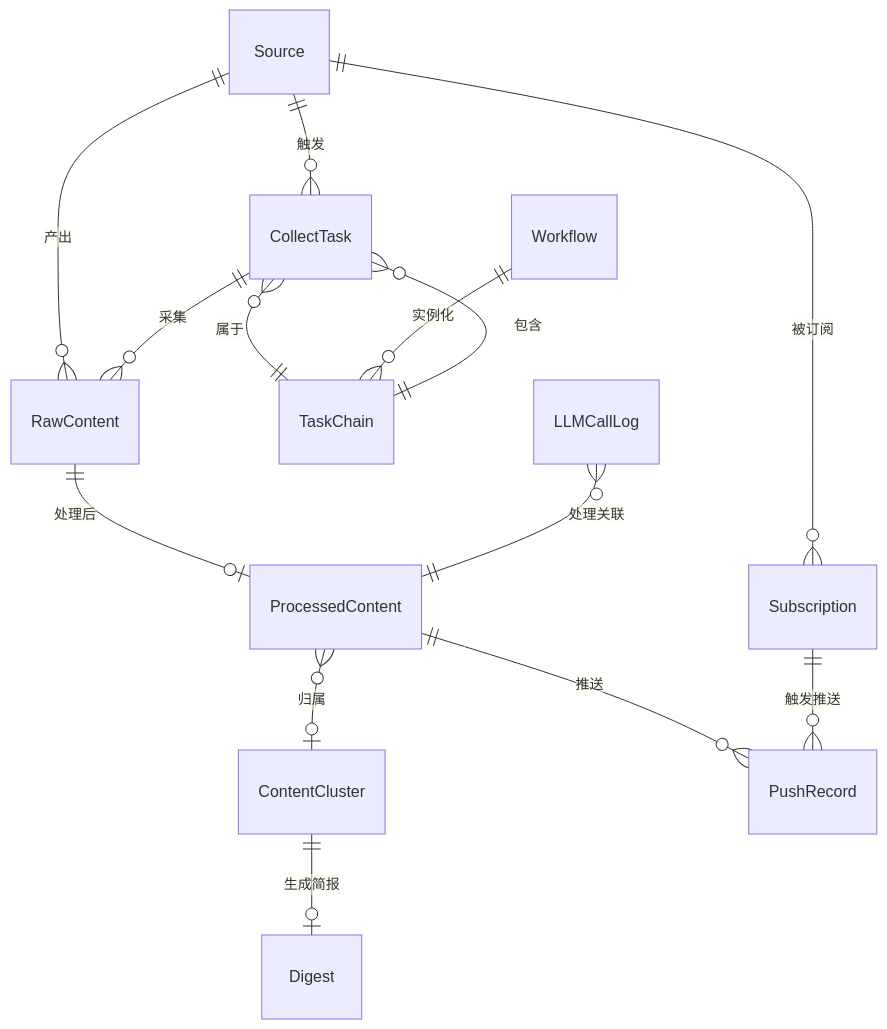
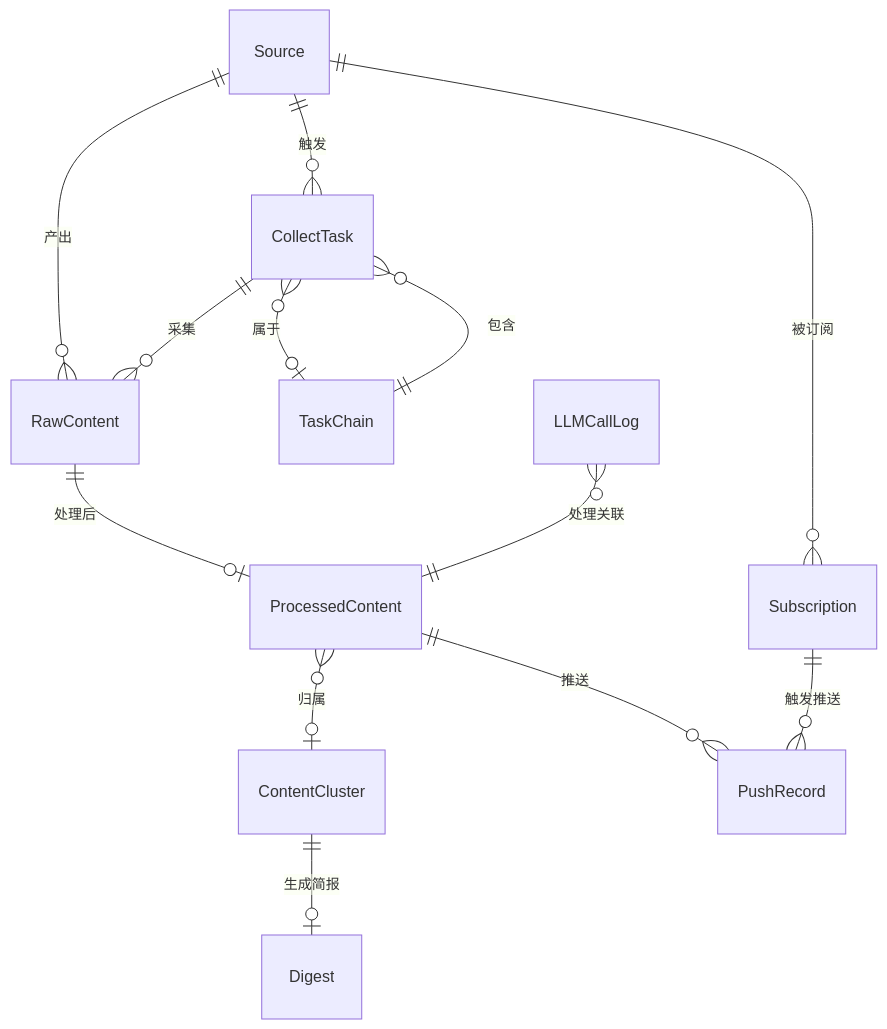
The diagram in docs/arch/arch-intellisource-v1-data.md (lync-cyber/intelli-source), drawn with Mermaid before and after one commit. The commit also changed other lines of this file and 8 other files, not shown here.

First line of the commit message:
refactor: unify agent dispatch architecture, remove sentiment analysis

````diff
--- a/docs/arch/arch-intellisource-v1-data.md
+++ b/docs/arch/arch-intellisource-v1-data.md
@@ -15,24 +17,22 @@
 ```mermaid
 erDiagram
     Source ||--o{ CollectTask : "触发"
     Source ||--o{ RawContent : "产出"
     Source ||--o{ Subscription : "被订阅"
 
     CollectTask ||--o{ RawContent : "采集"
-    CollectTask }o--|| TaskChain : "属于"
+    CollectTask }o--o| TaskChain : "属于"
 
     RawContent ||--o| ProcessedContent : "处理后"
 
     ProcessedContent }o--o| ContentCluster : "归属"
     ProcessedContent ||--o{ PushRecord : "推送"
 
     ContentCluster ||--o| Digest : "生成简报"
 
     Subscription ||--o{ PushRecord : "触发推送"
 
     TaskChain ||--o{ CollectTask : "包含"
 
-    Workflow ||--o{ TaskChain : "实例化"
-
     LLMCallLog }o--|| ProcessedContent : "处理关联"
 ```
````
